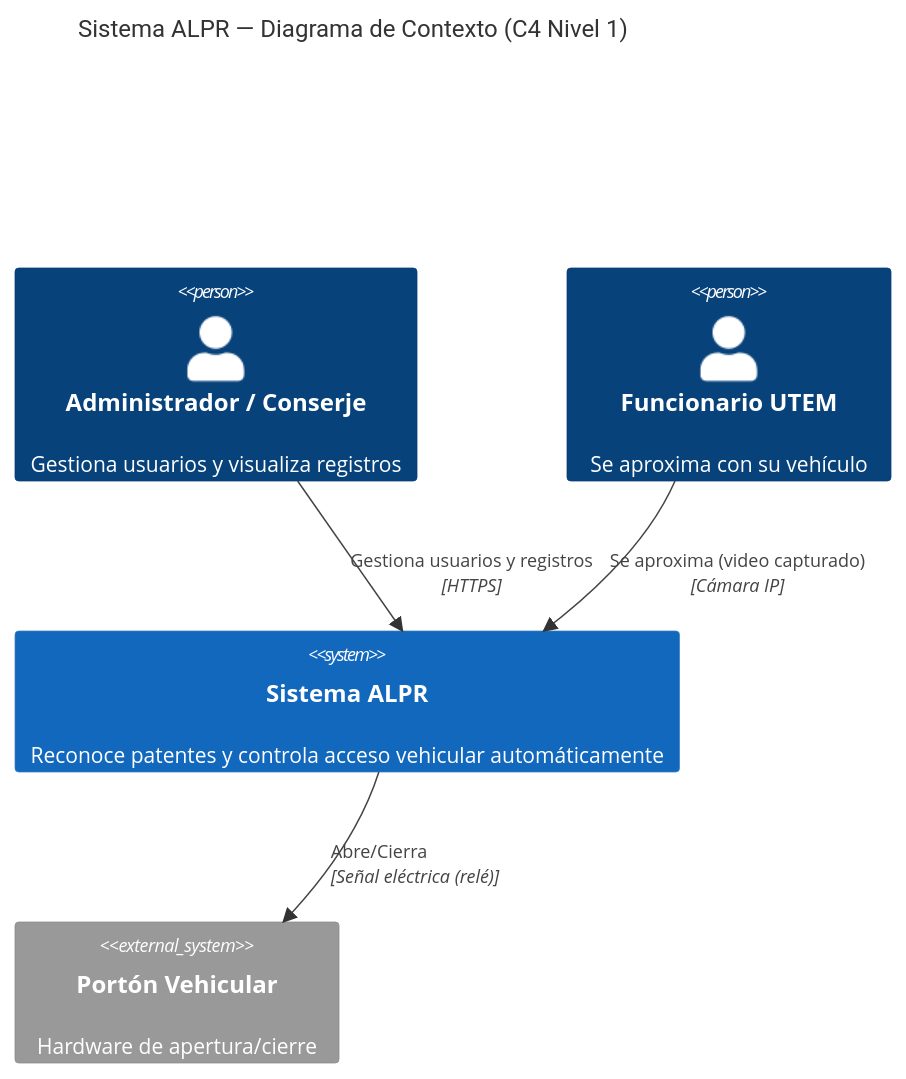
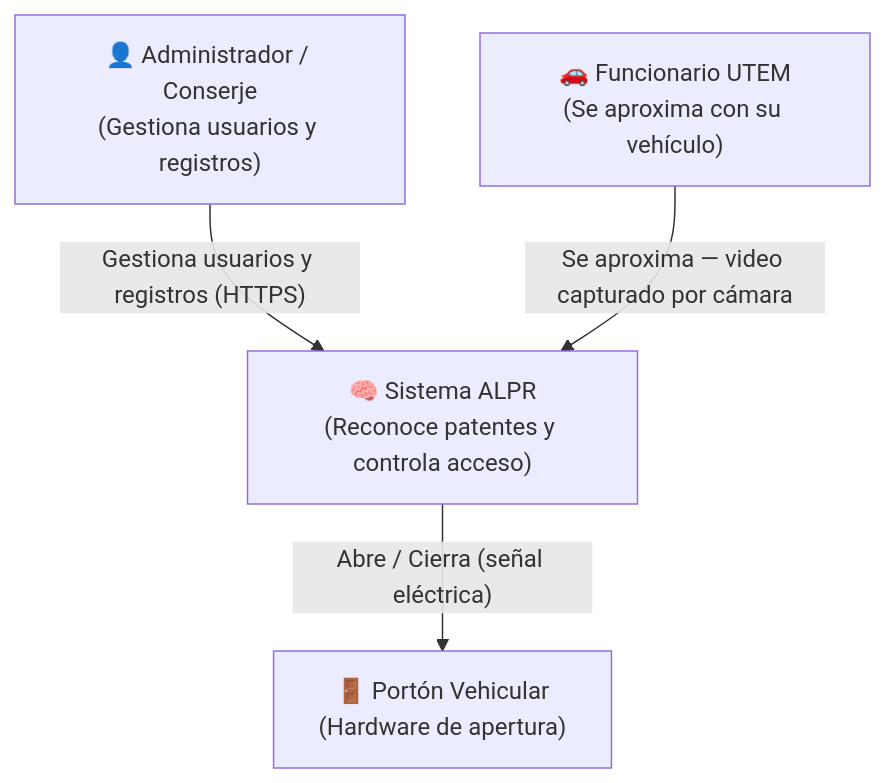
Before and after one commit to alpr-access-system/alpr-documentacion: the first of 5 diagrams in architecture/system-architecture.md, drawn with Mermaid. The commit also changed other lines of this file, not shown here.

First line of the commit message:
fix: reescribir diagramas Mermaid con sintaxis compatible con GitHub (flowchart en vez de C4)

````diff
--- a/architecture/system-architecture.md
+++ b/architecture/system-architecture.md
@@ -14,15 +20,11 @@
 ```mermaid
-C4Context
-  title Sistema ALPR — Diagrama de Contexto (C4 Nivel 1)
-  
-  Person(admin, "Administrador / Conserje", "Gestiona usuarios y visualiza registros")
-  Person(funcionario, "Funcionario UTEM", "Se aproxima con su vehículo")
-  
-  System(alpr, "Sistema ALPR", "Reconoce patentes y controla acceso vehicular automáticamente")
-  
-  System_Ext(porton, "Portón Vehicular", "Hardware de apertura/cierre")
-  
-  Rel(admin, alpr, "Gestiona usuarios y registros", "HTTPS")
-  Rel(funcionario, alpr, "Se aproxima (video capturado)", "Cámara IP")
-  Rel(alpr, porton, "Abre/Cierra", "Señal eléctrica (relé)")
+flowchart TD
+    Admin["👤 Administrador / Conserje\n(Gestiona usuarios y registros)"]
+    Funcionario["🚗 Funcionario UTEM\n(Se aproxima con su vehículo)"]
+    ALPR["🧠 Sistema ALPR\n(Reconoce patentes y controla acceso)"]
+    Porton["🚪 Portón Vehicular\n(Hardware de apertura)"]
+
+    Admin -->|"Gestiona usuarios y registros (HTTPS)"| ALPR
+    Funcionario -->|"Se aproxima — video capturado por cámara"| ALPR
+    ALPR -->|"Abre / Cierra (señal eléctrica)"| Porton
 ```
````
